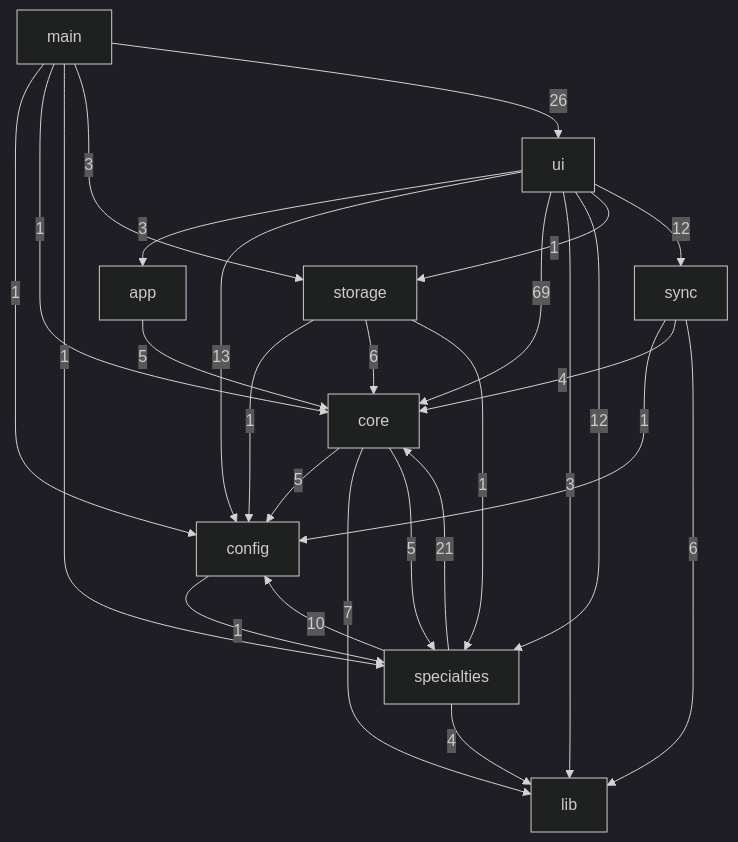
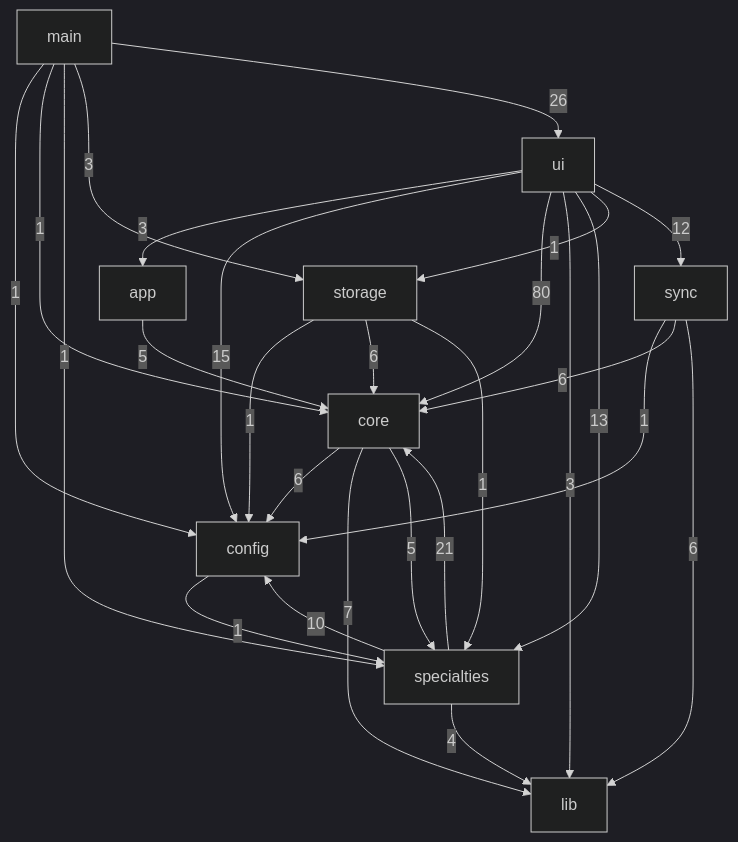
The diagram in docs/DEPENDENCIAS.md (DanielOpazoD/rondahhroftalmologia), drawn with Mermaid (dark theme) before and after one commit. The commit also changed other lines of this file and 63 other files, not shown here.

````diff
--- a/docs/DEPENDENCIAS.md
+++ b/docs/DEPENDENCIAS.md
@@ -27,29 +27,29 @@
 ```mermaid
 flowchart TD
   app -->|5| core
   config -->|1| specialties
-  core -->|5| config
+  core -->|6| config
   core -->|7| lib
   core -->|5| specialties
   main -->|1| config
   main -->|1| core
   main -->|1| specialties
   main -->|3| storage
   main -->|26| ui
   specialties -->|10| config
   specialties -->|21| core
   specialties -->|4| lib
   storage -->|1| config
   storage -->|6| core
   storage -->|1| specialties
   sync -->|1| config
-  sync -->|4| core
+  sync -->|6| core
   sync -->|6| lib
   ui -->|3| app
-  ui -->|13| config
-  ui -->|69| core
+  ui -->|15| config
+  ui -->|80| core
   ui -->|3| lib
-  ui -->|12| specialties
+  ui -->|13| specialties
   ui -->|1| storage
   ui -->|12| sync
 ```
````
